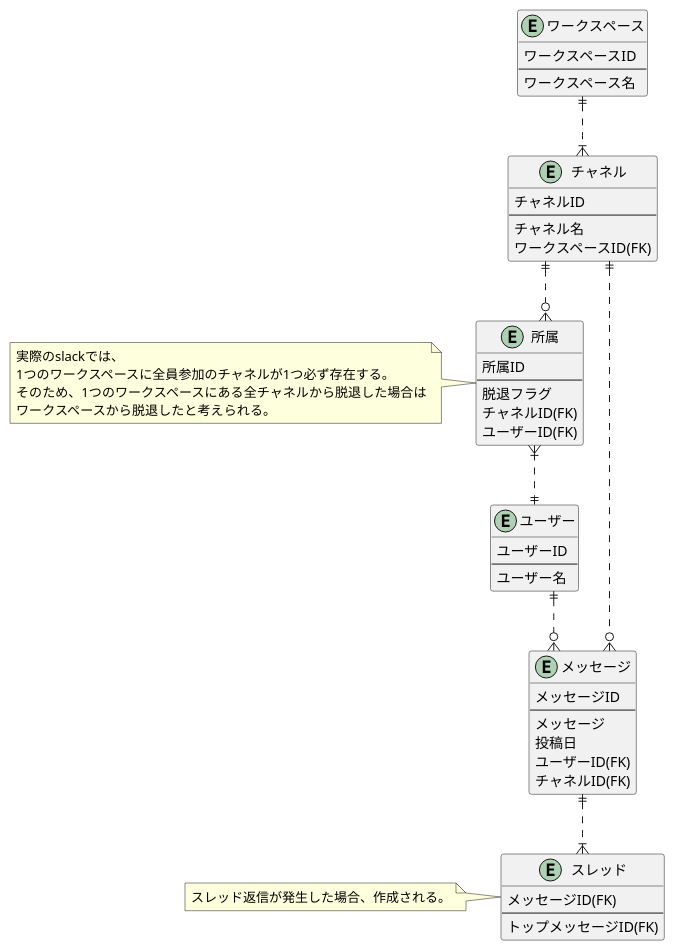
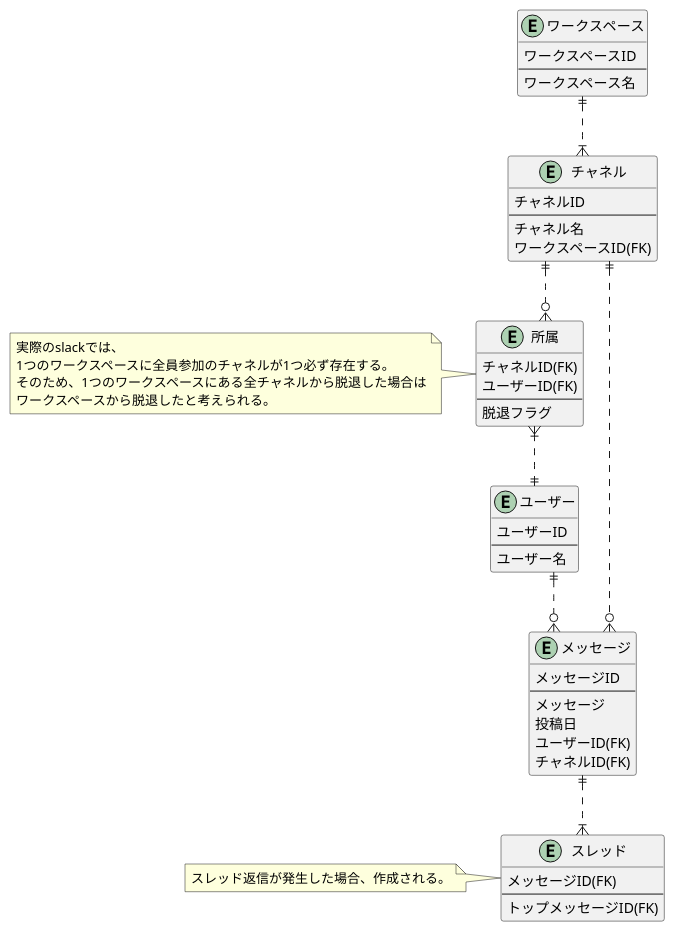
One commit to moritanuki/praha_challenge changed the diagram in 01_データベース設計/02_DBモデリング2/01_課題1/slack_schema_01.puml. Above: the diagram before and after it, drawn with PlantUML. The commit also changed 1 other file, not shown here.

```diff
--- a/01_データベース設計/02_DBモデリング2/01_課題1/slack_schema_01.puml
+++ b/01_データベース設計/02_DBモデリング2/01_課題1/slack_schema_01.puml
@@ -1,69 +1,68 @@
 @startuml slack_01
 
 skinparam {
   ' カーディナリティ斜め対策
    linetype ortho
 }
 
 entity "ワークスペース" as ワークスペース {
   ワークスペースID
   --
   ワークスペース名
 }
 
 entity "チャネル" as チャネル {
   チャネルID
   --
   チャネル名
   ワークスペースID(FK)
 }
 
 entity "所属" as 所属 {
-  所属ID
+  チャネルID(FK)
+  ユーザーID(FK)
   --
   脱退フラグ
-  チャネルID(FK)
-  ユーザーID(FK)
 }
 
 note left of 所属
   実際のslackでは、
   1つのワークスペースに全員参加のチャネルが1つ必ず存在する。
   そのため、1つのワークスペースにある全チャネルから脱退した場合は
   ワークスペースから脱退したと考えられる。
 end note
 
 entity "ユーザー" as ユーザー {
   ユーザーID
   --
   ユーザー名
 }
 
 entity "メッセージ" as メッセージ {
   メッセージID
   --
   メッセージ
   投稿日
   ユーザーID(FK)
   チャネルID(FK)
 }
 
 entity "スレッド" as スレッド {
   メッセージID(FK)
   --
   トップメッセージID(FK)
 }
 
 note left of スレッド
   スレッド返信が発生した場合、作成される。
 end note
 
 ワークスペース ||..|{ チャネル
 チャネル ||..o{ 所属
 所属 }|..|| ユーザー
 チャネル ||..o{ メッセージ
 ユーザー ||..o{ メッセージ
 メッセージ ||..|{ スレッド
 
 
 @enduml
```
